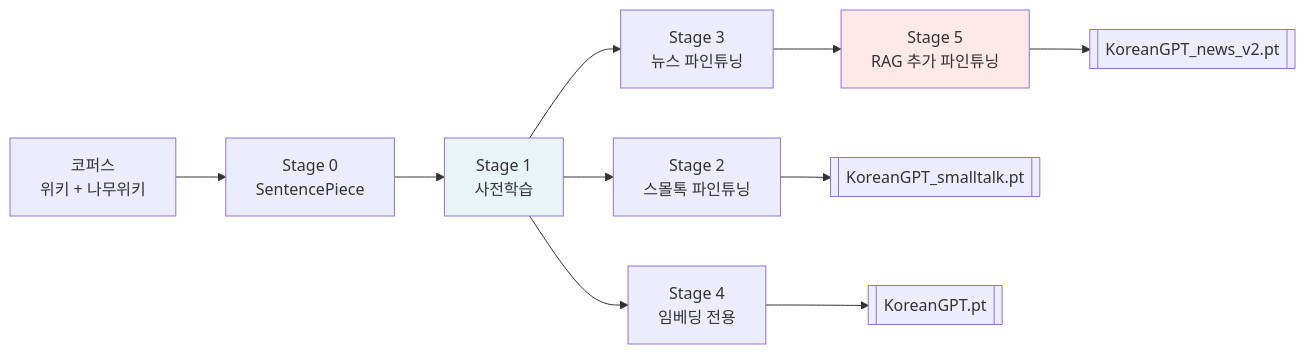
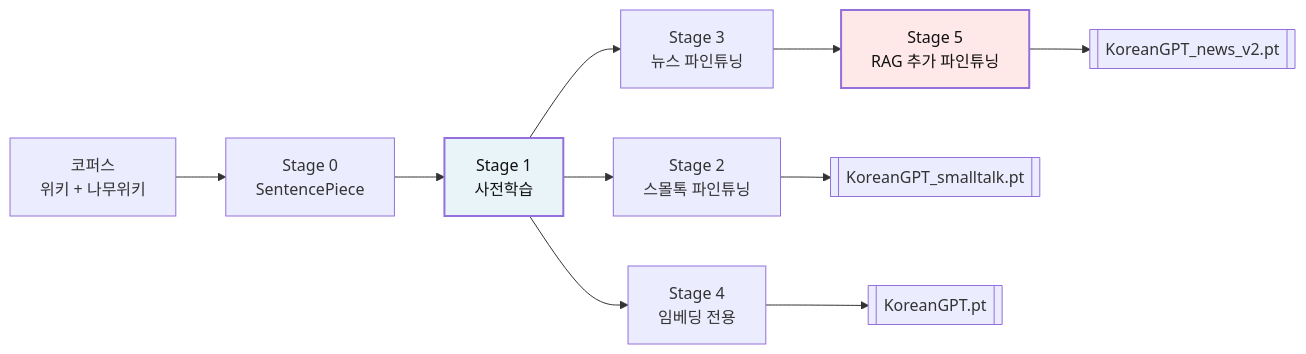
Before and after one commit to Dongju-00/eric-chatagent: the third of 10 diagrams in README.md, drawn with Mermaid. The commit also changed other lines of this file, not shown here.

````diff
--- a/README.md
+++ b/README.md
@@ -91,16 +91,16 @@
 ```mermaid
 flowchart LR
     C[코퍼스<br/>위키 + 나무위키] --> T[Stage 0<br/>SentencePiece]
     T --> P[Stage 1<br/>사전학습]
     P --> S[Stage 2<br/>스몰톡 파인튜닝]
     P --> N[Stage 3<br/>뉴스 파인튜닝]
     P --> E[Stage 4<br/>임베딩 전용]
     N --> V[Stage 5<br/>RAG 추가 파인튜닝]
 
     S --> SM[[KoreanGPT_smalltalk.pt]]
     V --> NM[[KoreanGPT_news_v2.pt]]
     E --> EM[[KoreanGPT.pt]]
 
-    style P fill:#e8f4f8
-    style V fill:#ffe8e8
+    style P fill:#e8f4f8,stroke-width:2px,color:#111111
+    style V fill:#ffe8e8,stroke-width:2px,color:#111111
 ```
````
